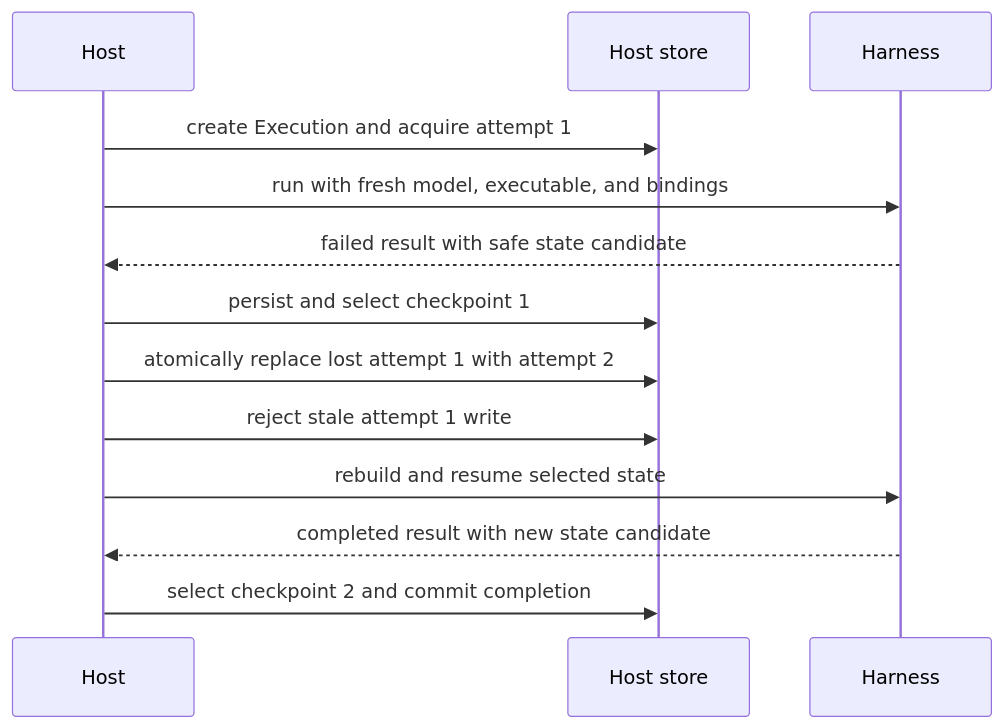
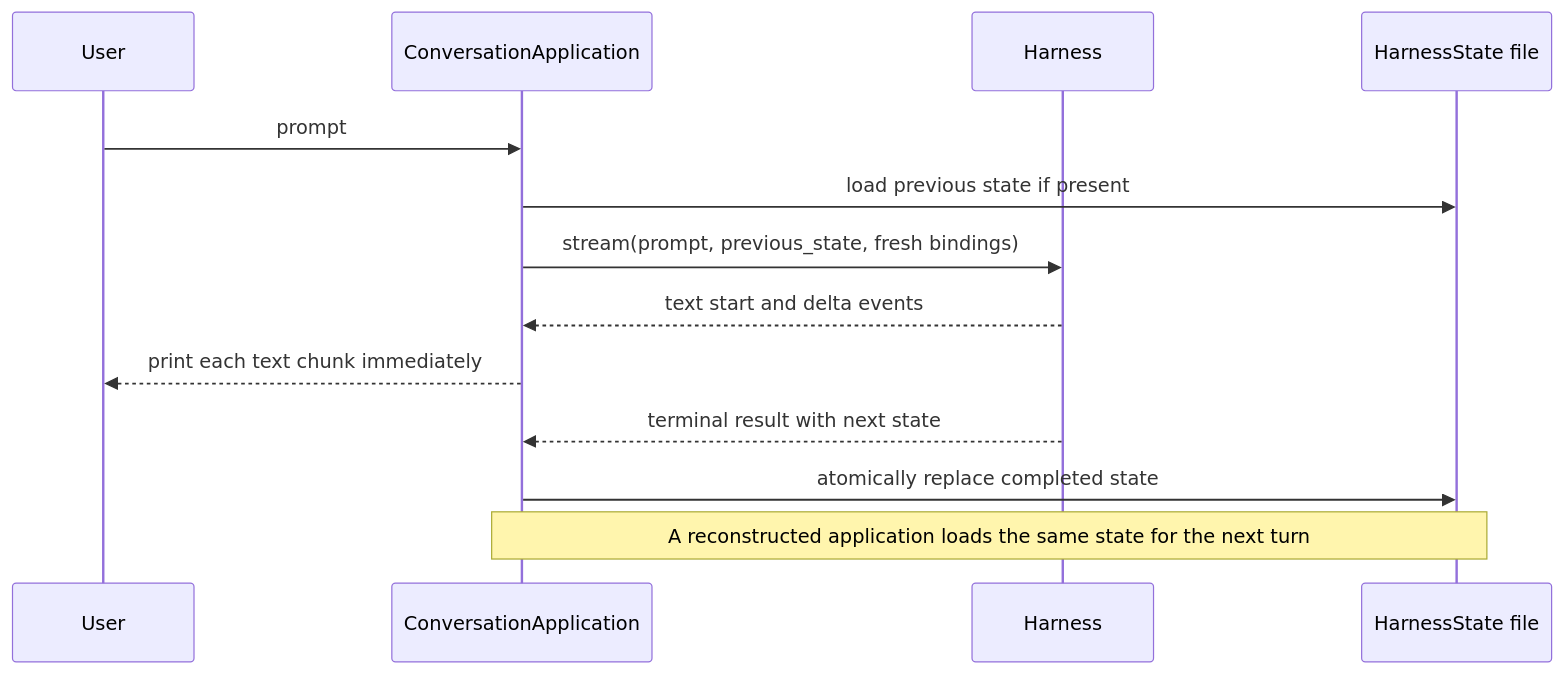
One commit to LTThreeComma/agent-foundation changed the diagram in examples/agent-app/README.md. Above: the diagram before and after it, drawn with Mermaid. The commit also changed other lines of this file and 115 other files, not shown here.

````diff
--- a/examples/agent-app/README.md
+++ b/examples/agent-app/README.md
@@ -148,16 +54,16 @@
 ```mermaid
 sequenceDiagram
-    participant Host
-    participant Store as Host store
+    participant User
+    participant App as ConversationApplication
     participant Harness
+    participant State as HarnessState file
 
-    Host->>Store: create Execution and acquire attempt 1
-    Host->>Harness: run with fresh model, executable, and bindings
-    Harness-->>Host: failed result with safe state candidate
-    Host->>Store: persist and select checkpoint 1
-    Host->>Store: atomically replace lost attempt 1 with attempt 2
-    Host->>Store: reject stale attempt 1 write
-    Host->>Harness: rebuild and resume selected state
-    Harness-->>Host: completed result with new state candidate
-    Host->>Store: select checkpoint 2 and commit completion
+    User->>App: prompt
+    App->>State: load previous state if present
+    App->>Harness: stream(prompt, previous_state, fresh bindings)
+    Harness-->>App: text start and delta events
+    App-->>User: print each text chunk immediately
+    Harness-->>App: terminal result with next state
+    App->>State: atomically replace completed state
+    Note over App,State: A reconstructed application loads the same state for the next turn
 ```
````
